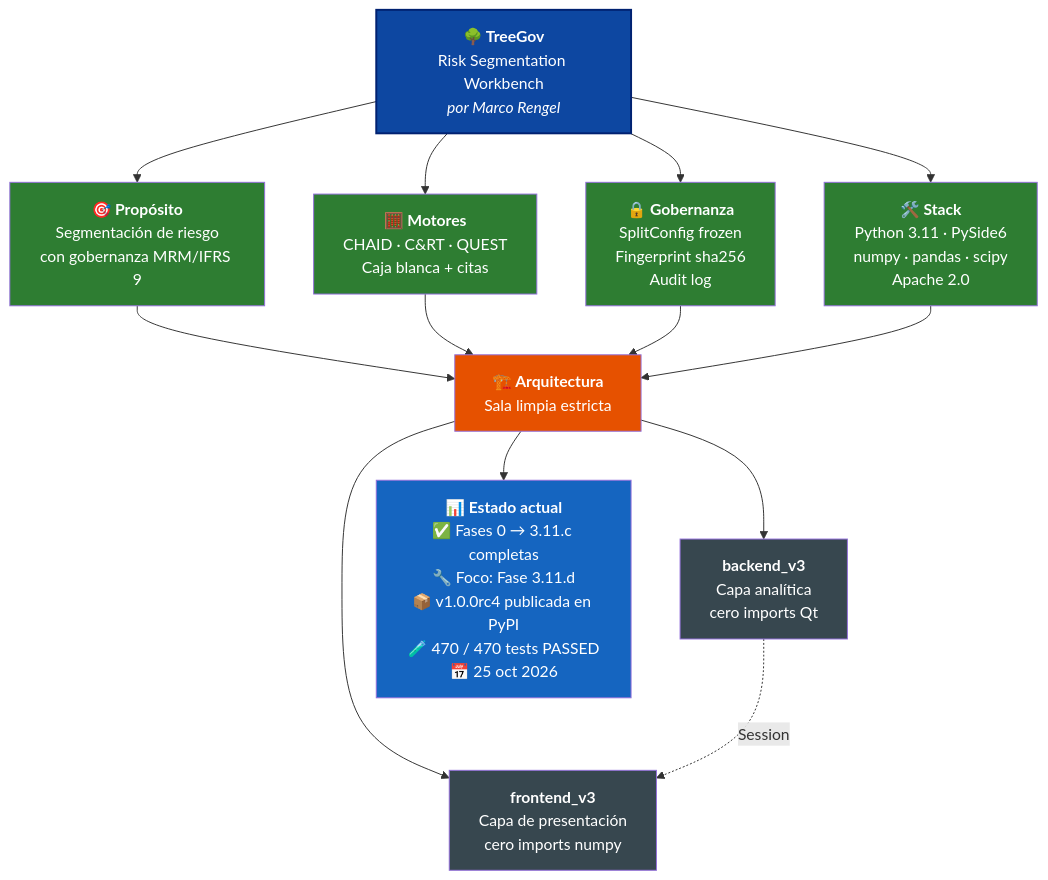
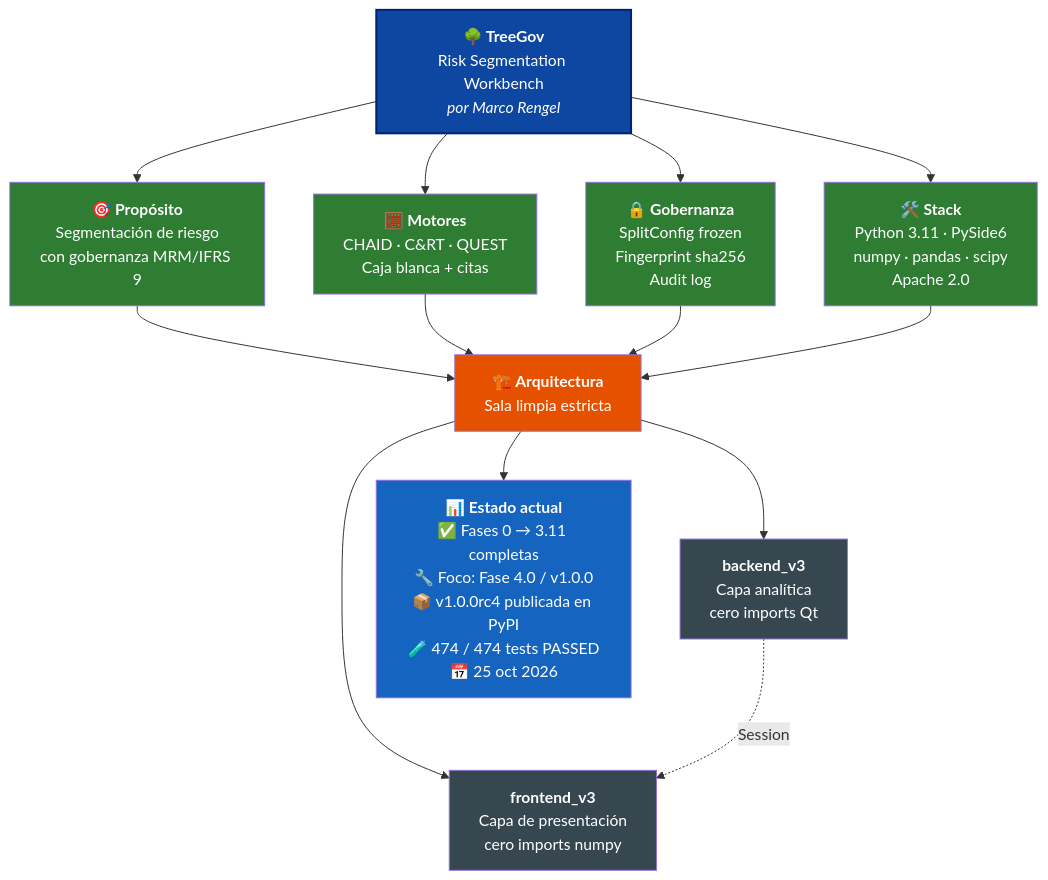
One commit to Marco-Rengel/treegov changed the diagram in README.es.md. Above: the diagram before and after it, drawn with Mermaid. The commit also changed other lines of this file and 10 other files, not shown here.

````diff
--- a/README.es.md
+++ b/README.es.md
@@ -38,31 +38,31 @@
 ```mermaid
 flowchart TB
     TG["<b>🌳 TreeGov</b><br/>Risk Segmentation Workbench<br/><i>por Marco Rengel</i>"]
 
     TG --> P["<b>🎯 Propósito</b><br/>Segmentación de riesgo<br/>con gobernanza MRM/IFRS 9"]
     TG --> M["<b>🧮 Motores</b><br/>CHAID · C&RT · QUEST<br/>Caja blanca + citas"]
     TG --> G["<b>🔒 Gobernanza</b><br/>SplitConfig frozen<br/>Fingerprint sha256<br/>Audit log"]
     TG --> S["<b>🛠️ Stack</b><br/>Python 3.11 · PySide6<br/>numpy · pandas · scipy<br/>Apache 2.0"]
 
     P --> ARQ["<b>🏗️ Arquitectura</b><br/>Sala limpia estricta"]
     M --> ARQ
     G --> ARQ
     S --> ARQ
 
     ARQ --> BE["<b>backend_v3</b><br/>Capa analítica<br/>cero imports Qt"]
     ARQ --> FE["<b>frontend_v3</b><br/>Capa de presentación<br/>cero imports numpy"]
 
     BE -.->|Session| FE
 
-    ARQ --> ST["<b>📊 Estado actual</b><br/>✅ Fases 0 → 3.11.c completas<br/>🔧 Foco: Fase 3.11.d<br/>📦 v1.0.0rc4 publicada en PyPI<br/>🧪 470 / 470 tests PASSED<br/>📅 25 oct 2026"]
+    ARQ --> ST["<b>📊 Estado actual</b><br/>✅ Fases 0 → 3.11 completas<br/>🔧 Foco: Fase 4.0 / v1.0.0<br/>📦 v1.0.0rc4 publicada en PyPI<br/>🧪 474 / 474 tests PASSED<br/>📅 25 oct 2026"]
 
     style TG fill:#0D47A1,color:#fff,stroke:#002171,stroke-width:2px
     style P fill:#2E7D32,color:#fff
     style M fill:#2E7D32,color:#fff
     style G fill:#2E7D32,color:#fff
     style S fill:#2E7D32,color:#fff
     style ARQ fill:#E65100,color:#fff
     style BE fill:#37474F,color:#fff
     style FE fill:#37474F,color:#fff
     style ST fill:#1565C0,color:#fff
 ```
````
